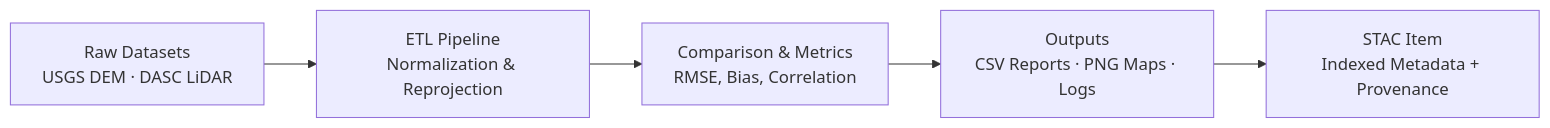
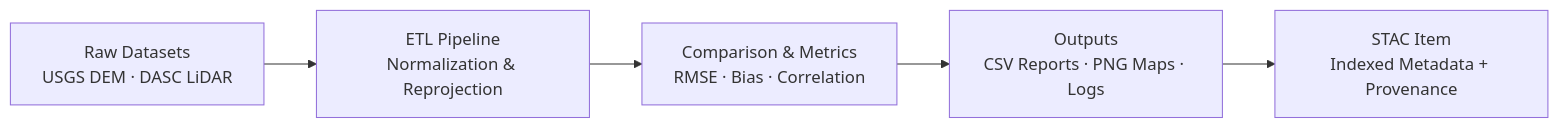
Before and after one commit to bartytime4life/Kansas-Frontier-Matrix: the diagram in docs/templates/experiment.md, drawn with Mermaid. The commit also changed other lines of this file, not shown here.

````diff
--- a/docs/templates/experiment.md
+++ b/docs/templates/experiment.md
@@ -101,7 +126,7 @@
 ```mermaid
 flowchart LR
   A["Raw Datasets<br>USGS DEM · DASC LiDAR"] --> B["ETL Pipeline<br>Normalization & Reprojection"]
-  B --> C["Comparison & Metrics<br>RMSE, Bias, Correlation"]
+  B --> C["Comparison & Metrics<br>RMSE · Bias · Correlation"]
   C --> D["Outputs<br>CSV Reports · PNG Maps · Logs"]
   D --> E["STAC Item<br>Indexed Metadata + Provenance"]
 ```
````
